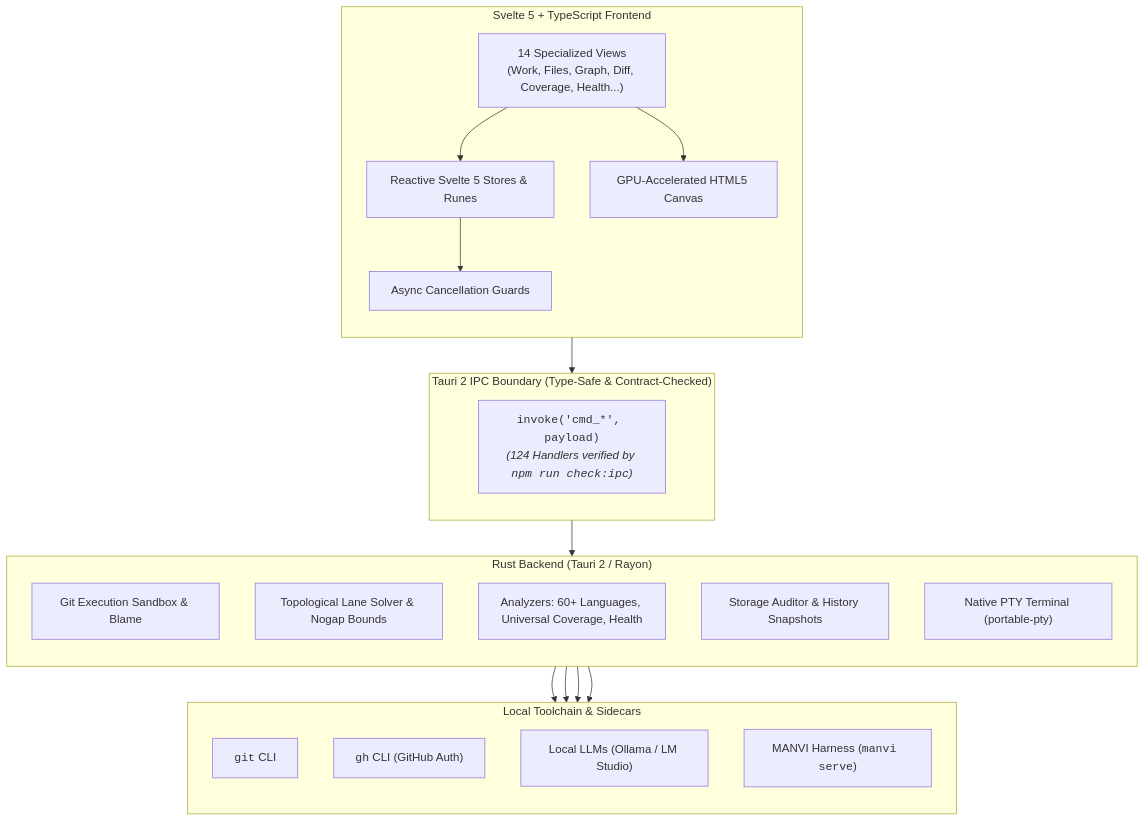
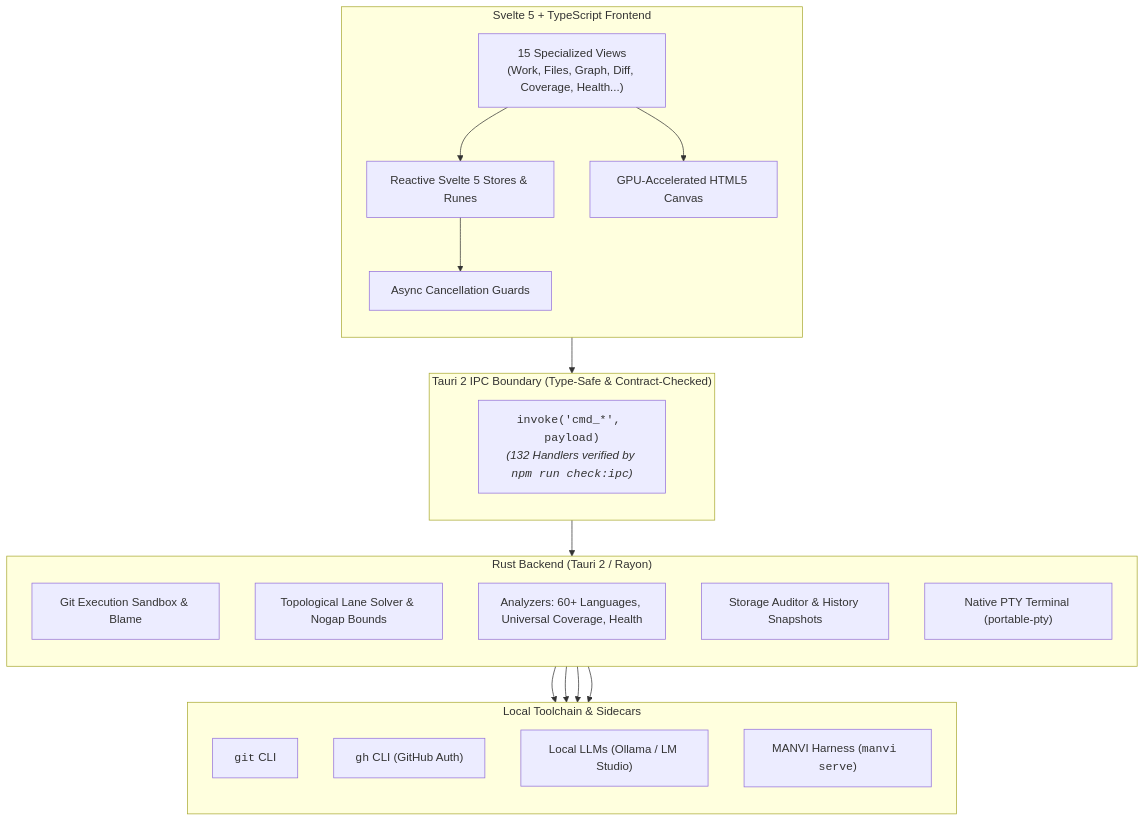
One commit to bharathvbcr/GitPulse changed the first of 4 diagrams in README.md. Above: the diagram before and after it, drawn with Mermaid. The commit also changed other lines of this file and 95 other files, not shown here.

````diff
--- a/README.md
+++ b/README.md
@@ -43,43 +43,43 @@
 ```mermaid
 flowchart TB
     subgraph Frontend["Svelte 5 + TypeScript Frontend"]
         direction TB
-        Views["14 Specialized Views<br/>(Work, Files, Graph, Diff, Coverage, Health...)"]
+        Views["15 Specialized Views<br/>(Work, Files, Graph, Diff, Coverage, Health...)"]
         Stores["Reactive Svelte 5 Stores & Runes"]
         CanvasEngine["GPU-Accelerated HTML5 Canvas"]
         AsyncGuards["Async Cancellation Guards"]
         
         Views --> Stores
         Views --> CanvasEngine
         Stores --> AsyncGuards
     end
 
     subgraph IPC["Tauri 2 IPC Boundary (Type-Safe & Contract-Checked)"]
         direction TB
-        IPCBridge["<code>invoke('cmd_*', payload)</code><br/><i>(124 Handlers verified by <code>npm run check:ipc</code>)</i>"]
+        IPCBridge["<code>invoke('cmd_*', payload)</code><br/><i>(132 Handlers verified by <code>npm run check:ipc</code>)</i>"]
     end
 
     subgraph Backend["Rust Backend (Tauri 2 / Rayon)"]
         direction TB
         GitSandbox["Git Execution Sandbox & Blame"]
         GraphSolver["Topological Lane Solver & Nogap Bounds"]
         Analyzers["Analyzers: 60+ Languages, Universal Coverage, Health"]
         StorageEngine["Storage Auditor & History Snapshots"]
         TerminalPTY["Native PTY Terminal (portable-pty)"]
     end
 
     subgraph LocalTools["Local Toolchain & Sidecars"]
         direction TB
         GitCLI["<code>git</code> CLI"]
         GhCLI["<code>gh</code> CLI (GitHub Auth)"]
         LocalAI["Local LLMs (Ollama / LM Studio)"]
         ManviSidecar["MANVI Harness (<code>manvi serve</code>)"]
     end
 
     AsyncGuards --> IPCBridge
     IPCBridge --> Backend
     GitSandbox --> GitCLI
     Analyzers --> GhCLI
     Analyzers --> LocalAI
     Backend --> ManviSidecar
 ```
````
